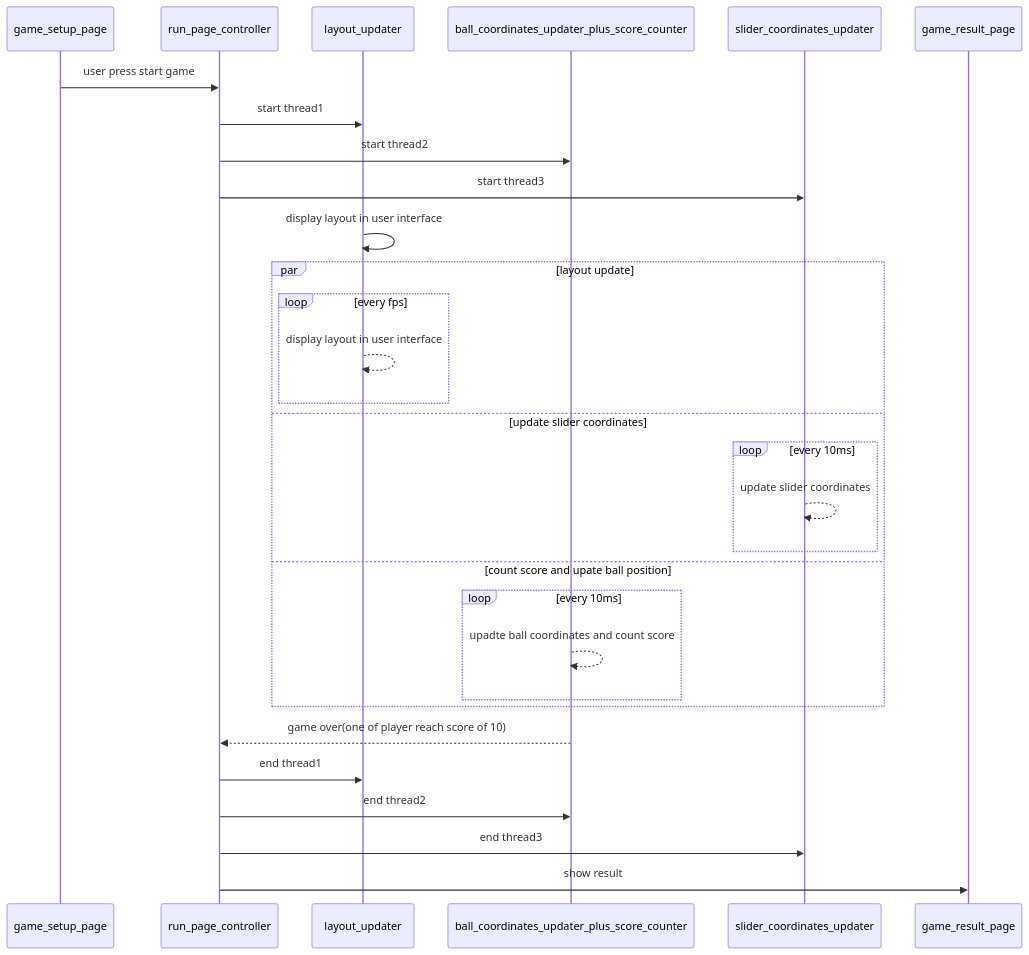
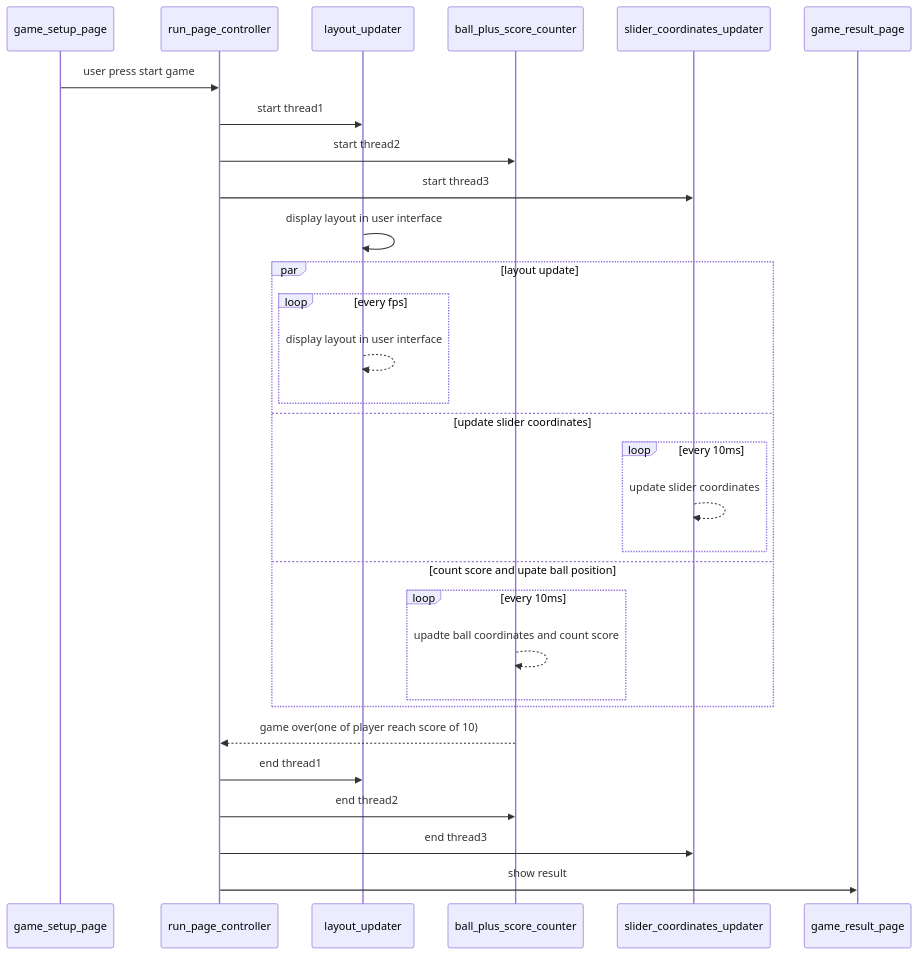
The diagram in Stage0/game_run_page/README.md (Engin-Boot/pong-stage-AjinkyaGhatol), drawn with Mermaid before and after one commit. The commit also changed other lines of this file, not shown here.

````diff
--- a/Stage0/game_run_page/README.md
+++ b/Stage0/game_run_page/README.md
@@ -20,29 +18,29 @@
 ```mermaid
 sequenceDiagram
   game_setup_page->>run_page_controller: user press start game
   run_page_controller->>layout_updater:start thread1
-  run_page_controller->>ball_coordinates_updater_plus_score_counter:start thread2
+  run_page_controller->>ball_plus_score_counter:start thread2
   run_page_controller->>slider_coordinates_updater:start thread3
   layout_updater->>layout_updater: display layout in user interface
 
   
   par layout update
     loop every fps
     layout_updater-->>layout_updater: display layout in user interface
     end
   and update slider coordinates
     loop every 10ms
     slider_coordinates_updater-->>slider_coordinates_updater:update slider coordinates
     end
   and count score and upate ball position
     loop every 10ms
-    ball_coordinates_updater_plus_score_counter-->>ball_coordinates_updater_plus_score_counter:upadte ball coordinates and count score
+ball_plus_score_counter-->>ball_plus_score_counter:upadte ball coordinates and count score
     end 
   end
-  ball_coordinates_updater_plus_score_counter-->>run_page_controller:game over(one of player reach score of 10)
+ball_plus_score_counter-->>run_page_controller:game over(one of player reach score of 10)
   run_page_controller->>layout_updater:end thread1
-  run_page_controller->>ball_coordinates_updater_plus_score_counter:end thread2
+  run_page_controller->>ball_plus_score_counter:end thread2
   run_page_controller->>slider_coordinates_updater:end thread3
   run_page_controller->>game_result_page:show result
 					
 ```
````
